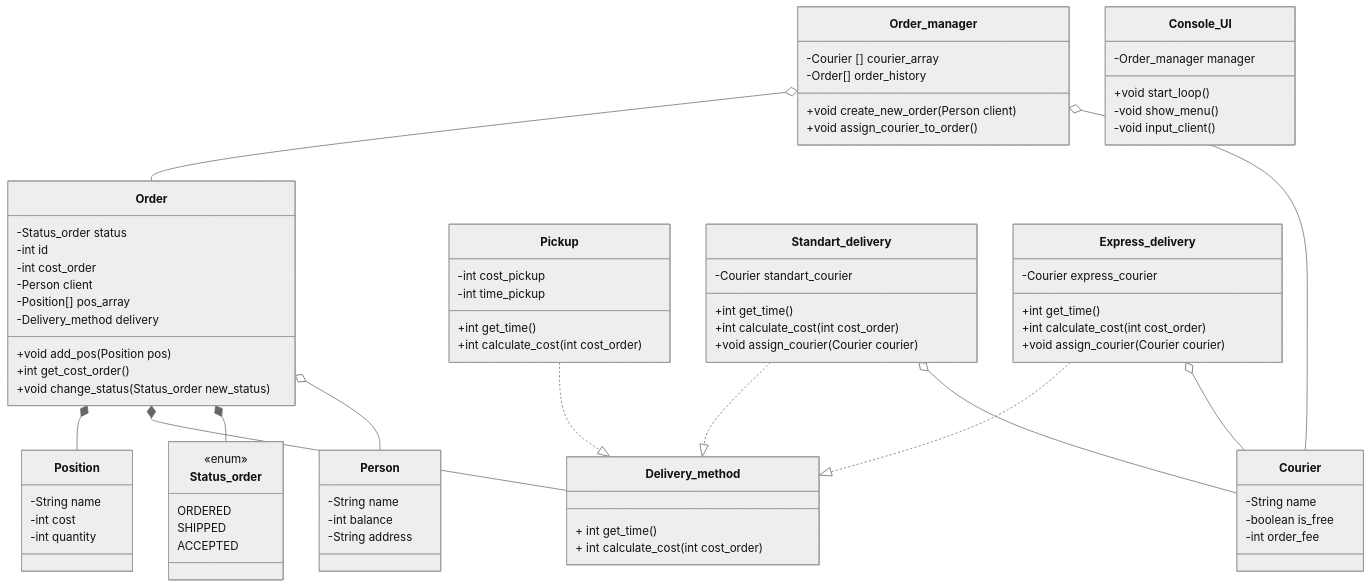
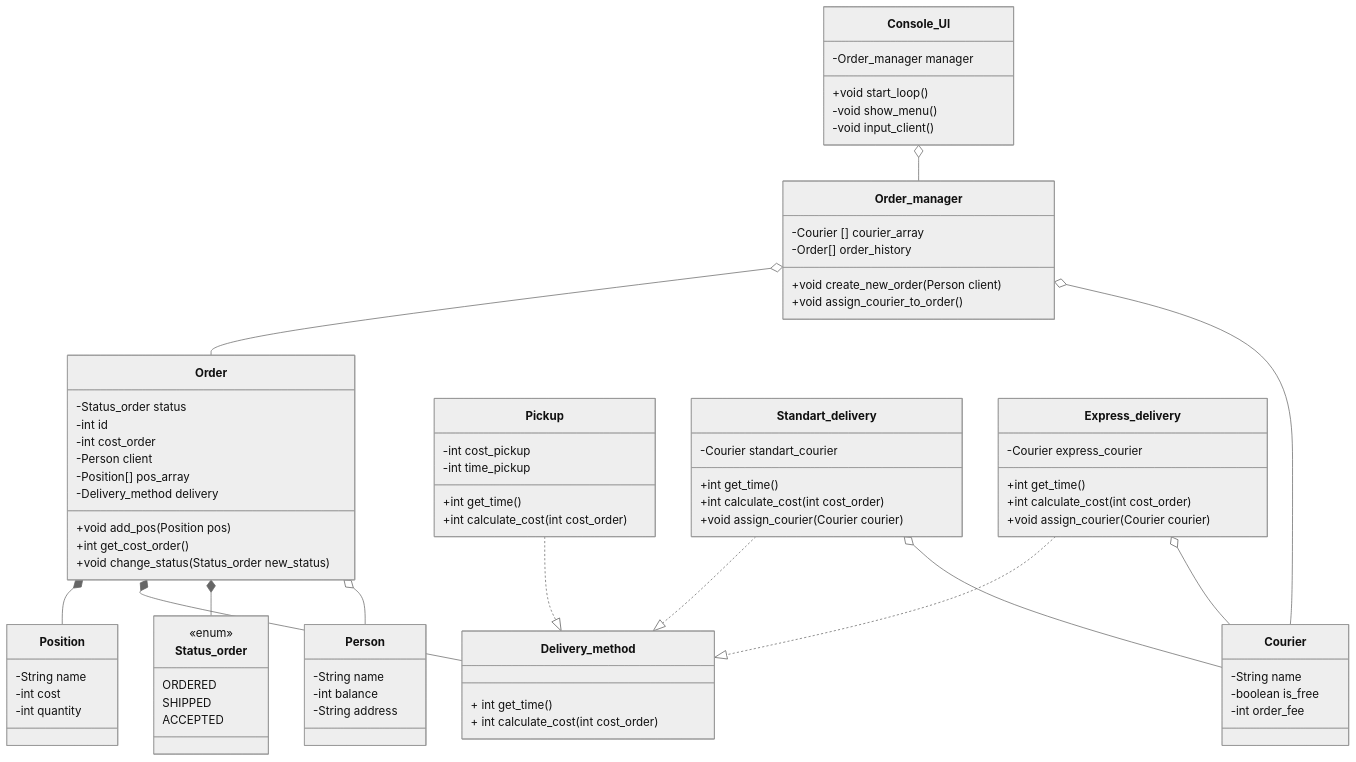
Before and after one commit to kirillkushaev2007-boop/Labaratory1: the diagram in README.md, drawn with Mermaid (neutral theme).

````diff
--- a/README.md
+++ b/README.md
@@ -108,4 +108,7 @@
    %% Связи главного управляющего класса (Order_manager)
    Order_manager o-- Order 
    Order_manager o-- Courier 
+
+   %% Связь пользовательского интерфейса (Console_UI)
+   Console_UI o-- Order_manager
 ```
````
